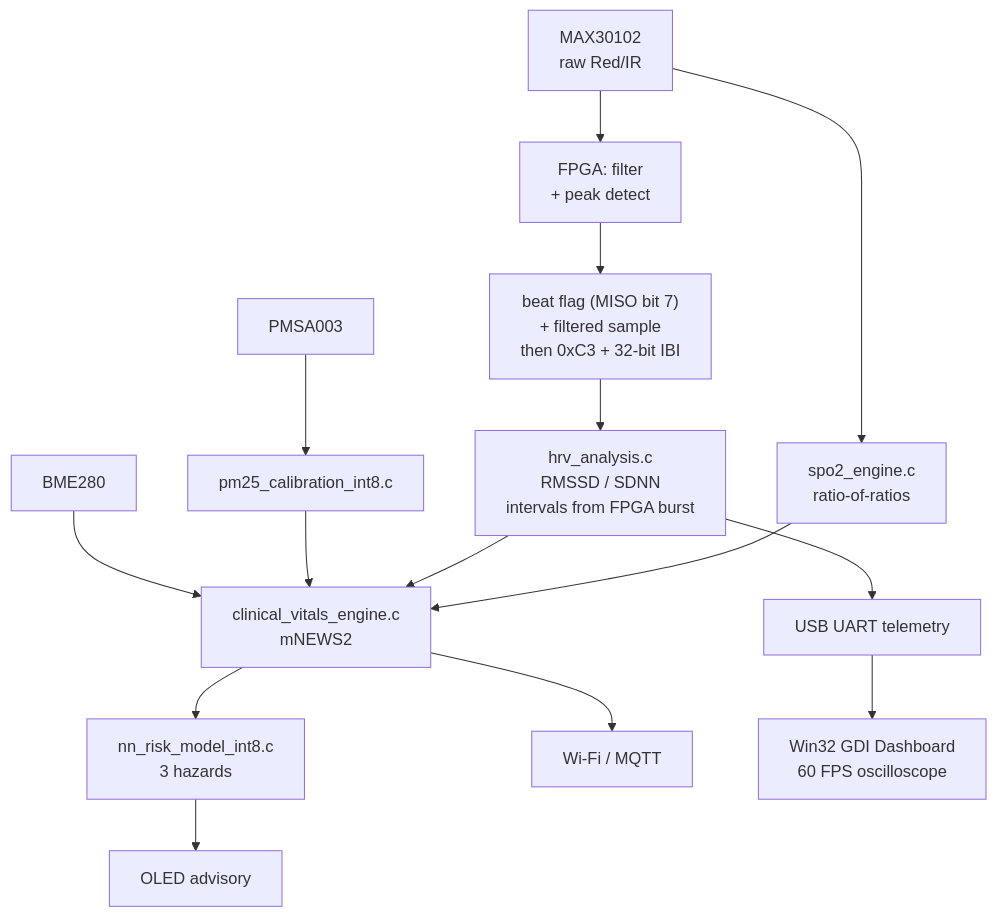
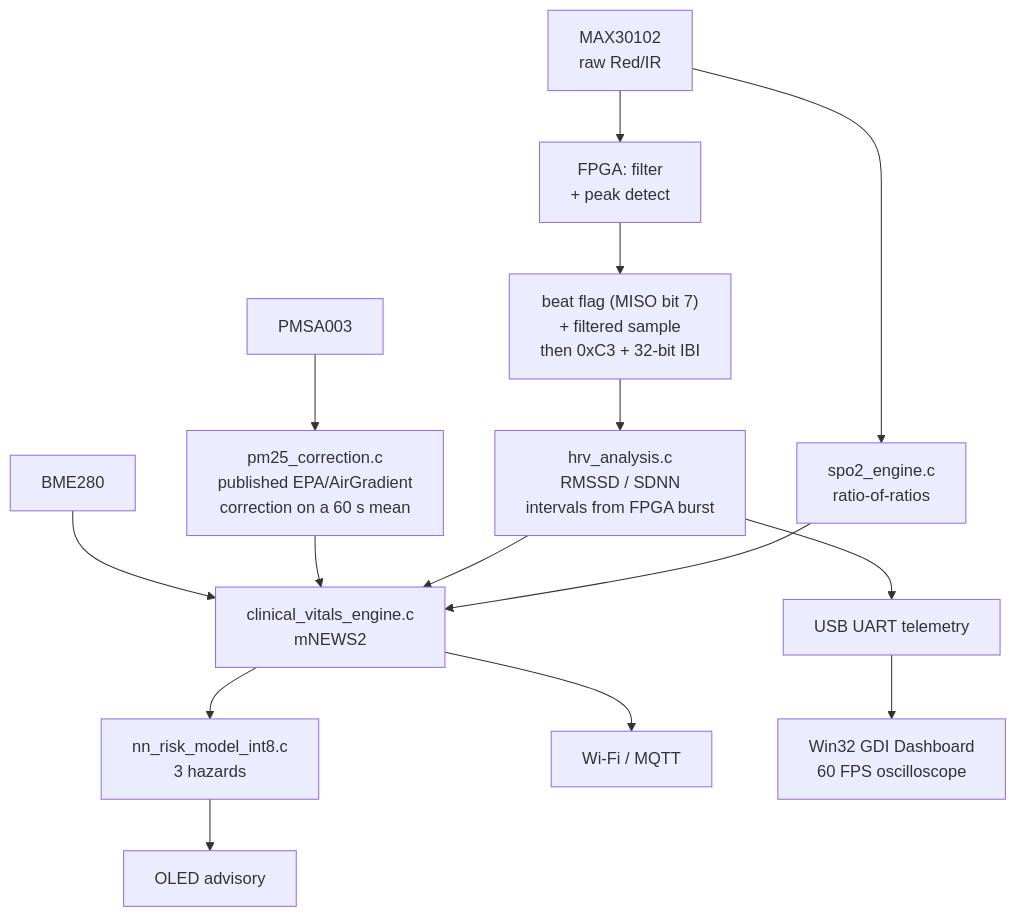
Before and after one commit to novafang23/FPGA-Accelerated-Personal-Health-Companion-Edge-Disaster-Monitor: the second of 2 diagrams in docs/MASTER_PROJECT_GUIDE.md, drawn with Mermaid. The commit also changed other lines of this file and 13 other files, not shown here.

````diff
--- a/docs/MASTER_PROJECT_GUIDE.md
+++ b/docs/MASTER_PROJECT_GUIDE.md
@@ -745,17 +745,17 @@
 ```mermaid
 flowchart TD
     A[MAX30102<br/>raw Red/IR] --> B[FPGA: filter<br/>+ peak detect]
     B --> C["beat flag (MISO bit 7)<br/>+ filtered sample<br/>then 0xC3 + 32-bit IBI"]
     C --> D[hrv_analysis.c<br/>RMSSD / SDNN<br/>intervals from FPGA burst]
     A --> E[spo2_engine.c<br/>ratio-of-ratios]
     F[BME280] --> G[clinical_vitals_engine.c<br/>mNEWS2]
-    H[PMSA003] --> I[pm25_calibration_int8.c]
+    H[PMSA003] --> I[pm25_correction.c<br/>published EPA/AirGradient<br/>correction on a 60 s mean]
     I --> G
     D --> G
     E --> G
     G --> J[nn_risk_model_int8.c<br/>3 hazards]
     J --> K[OLED advisory]
     D --> L[USB UART telemetry]
     G --> M[Wi-Fi / MQTT]
     L --> N[Win32 GDI Dashboard<br/>60 FPS oscilloscope]
 ```
````
